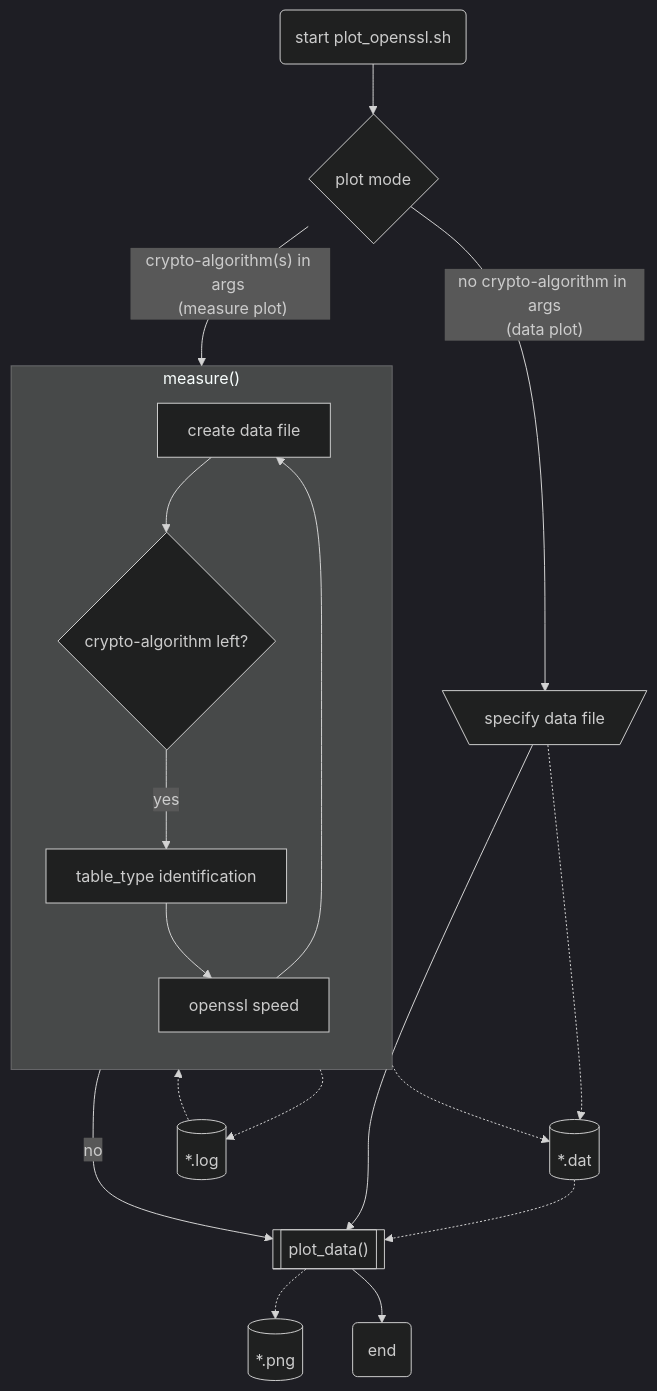
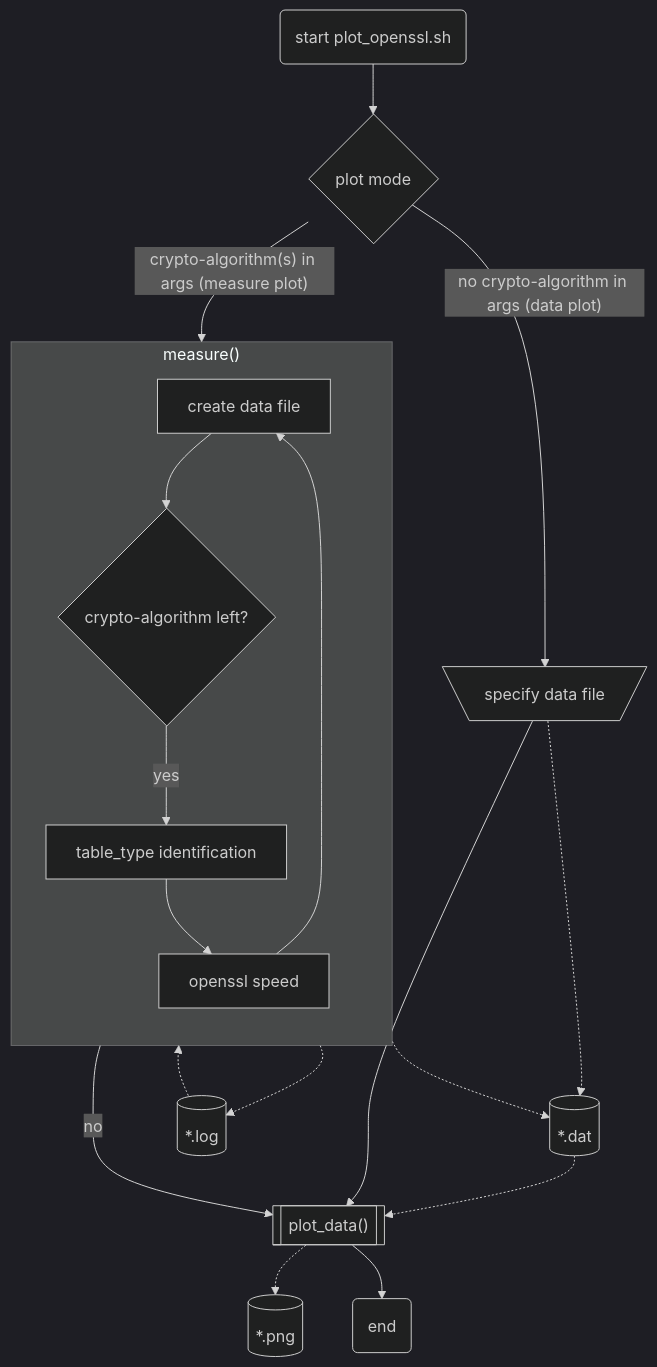
The second of 4 diagrams in README-flowchart.md (KazKobara/plot-openssl-speed), drawn with Mermaid (dark theme) before and after one commit. The commit also changed 4 other files, not shown here.

````diff
--- a/README-flowchart.md
+++ b/README-flowchart.md
@@ -79,35 +79,35 @@
 ```mermaid
 flowchart TB
   node_1("start plot_openssl.sh")
   node_2{"plot mode"}
   node_3[["plot_data()"]]
   node_5[("*.dat")]
   node_6[("*.png")]
   node_9[("*.log")]
   node_7[\"specify data file"/]
   node_10("end")
   node_11["create data file"]
   node_1 --> node_2
-  node_2 --"crypto-algorithm(s) in args \n (measure plot)"--> sub1
+  node_2 --"crypto-algorithm(s) in args (measure plot)"--> sub1
   node_3 -.-> node_6
   node_7 -.-> node_5
-  node_2 --"no crypto-algorithm in args\n(data plot)"--> node_7
+  node_2 --"no crypto-algorithm in args (data plot)"--> node_7
   node_8 --"yes"--> sub1_2
   node_3 --> node_10
   node_5 -.-> node_3
   node_8 --"no"--> node_3
   node_9 -.-> node_11
   node_11 -.-> node_5
   subgraph sub1 ["measure()"]
     direction TB
     sub1_2["table_type identification"]
     sub1_1["openssl speed"]
     node_8{"crypto-algorithm left?"}
     node_11["create data file"]
   end
     sub1_1 -.-> node_9
     node_7 --> node_3
     node_11 --> node_8
     sub1_1 --> node_11
     sub1_2 --> sub1_1
 ```
````
